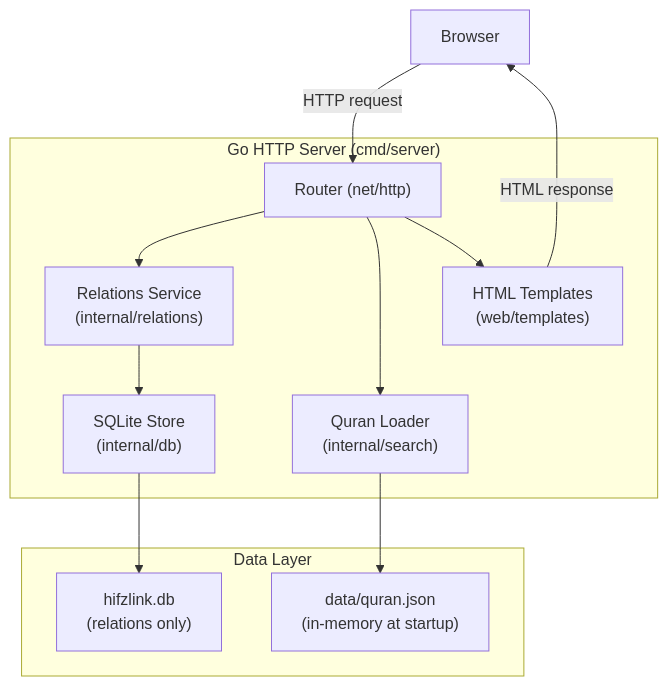
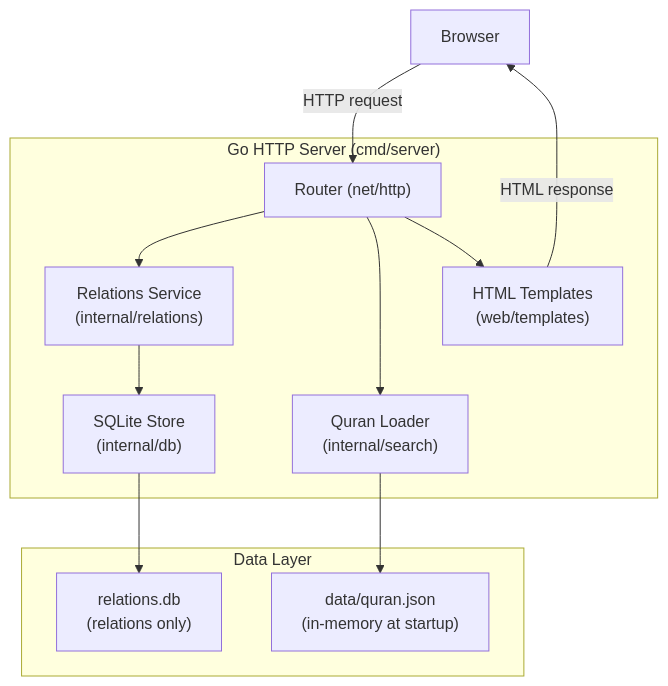
Before and after one commit to srmdn/hifzlink: the first of 2 diagrams in docs/ARCHITECTURE.md, drawn with Mermaid.

Commit message:
fix db filename in architecture diagram (relations.db not hifzlink.db)

````diff
--- a/docs/ARCHITECTURE.md
+++ b/docs/ARCHITECTURE.md
@@ -13,26 +13,26 @@
 ```mermaid
 graph TD
     Browser["Browser"]
 
     subgraph Server["Go HTTP Server (cmd/server)"]
         Router["Router (net/http)"]
         RelService["Relations Service\n(internal/relations)"]
         Search["Quran Loader\n(internal/search)"]
         DB["SQLite Store\n(internal/db)"]
         Templates["HTML Templates\n(web/templates)"]
     end
 
     subgraph Data["Data Layer"]
         QuranJSON["data/quran.json\n(in-memory at startup)"]
-        SQLiteDB["hifzlink.db\n(relations only)"]
+        SQLiteDB["relations.db\n(relations only)"]
     end
 
     Browser -->|HTTP request| Router
     Router --> RelService
     Router --> Search
     RelService --> DB
     DB --> SQLiteDB
     Search --> QuranJSON
     Router --> Templates
     Templates -->|HTML response| Browser
 ```
````
